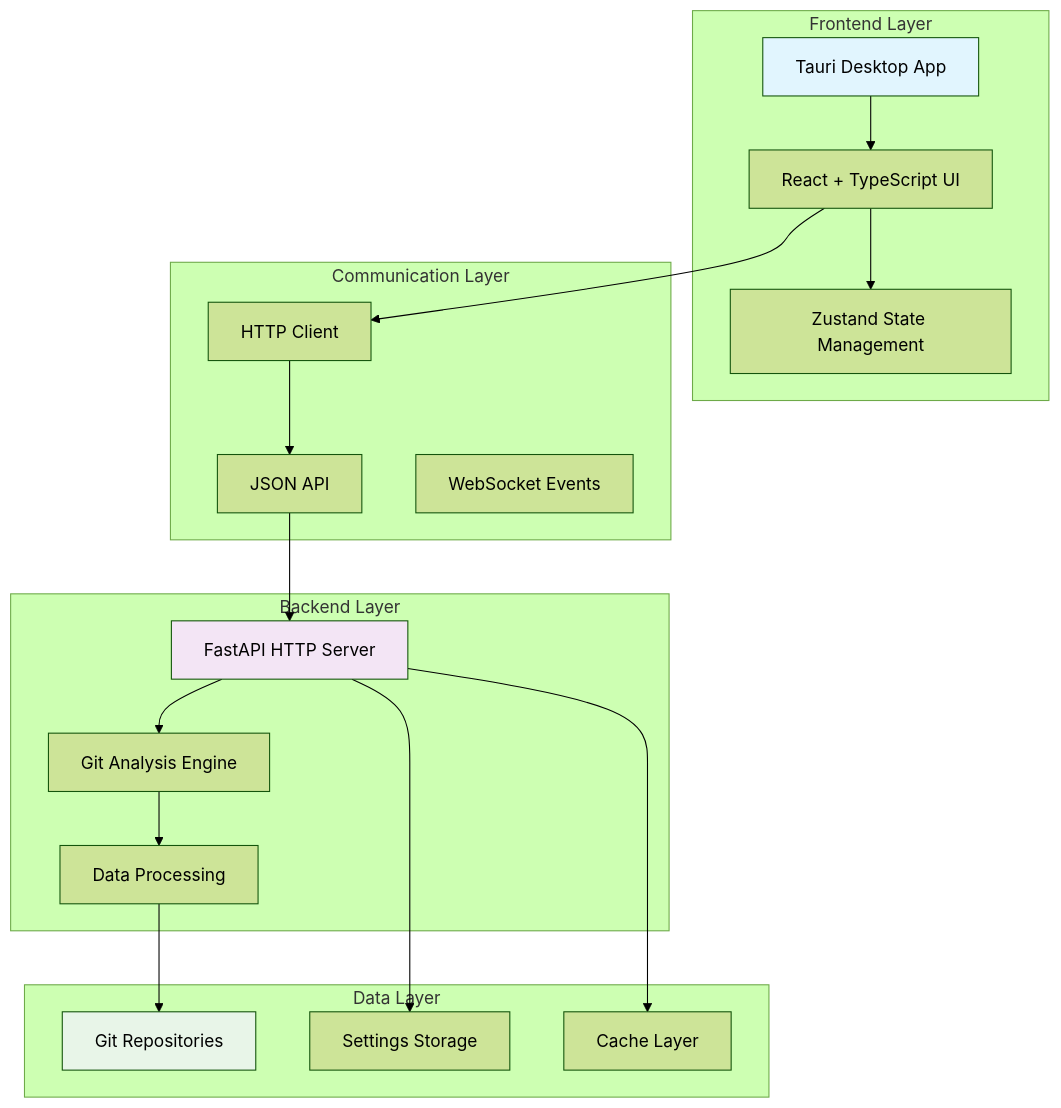
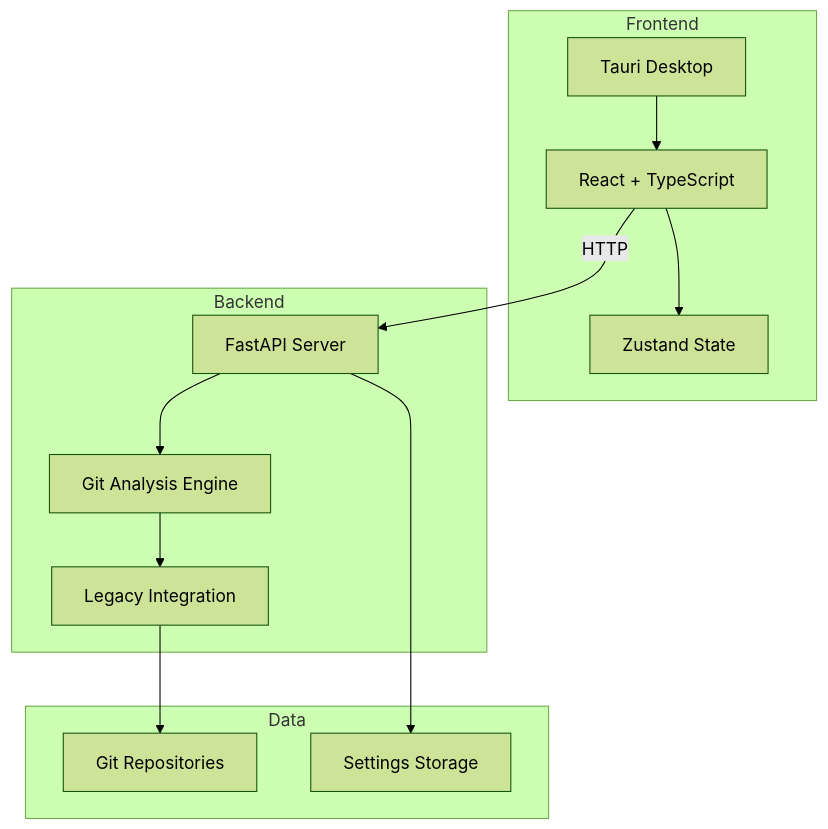
The first of 4 diagrams in docs/architecture/overview.md (boost-edu-tools/gitinspectorgui), drawn with Mermaid (forest theme) before and after one commit. The commit also changed other lines of this file and 11 other files, not shown here.

````diff
--- a/docs/architecture/overview.md
+++ b/docs/architecture/overview.md
@@ -9,41 +7,27 @@
 ```mermaid
 graph TB
-    subgraph "Frontend Layer"
-        A[Tauri Desktop App]
-        B[React + TypeScript UI]
-        C[Zustand State Management]
+    subgraph "Frontend"
+        A[Tauri Desktop]
+        B[React + TypeScript]
+        C[Zustand State]
     end
 
-    subgraph "Communication Layer"
-        D[HTTP Client]
-        E[JSON API]
-        F[WebSocket Events]
+    subgraph "Backend"
+        D[FastAPI Server]
+        E[Git Analysis Engine]
+        F[Legacy Integration]
     end
 
-    subgraph "Backend Layer"
-        G[FastAPI HTTP Server]
-        H[Git Analysis Engine]
-        I[Data Processing]
-    end
-
-    subgraph "Data Layer"
-        J[Git Repositories]
-        K[Settings Storage]
-        L[Cache Layer]
+    subgraph "Data"
+        G[Git Repositories]
+        H[Settings Storage]
     end
 
     A --> B
     B --> C
-    B --> D
+    B -->|HTTP| D
     D --> E
-    E --> G
-    G --> H
-    H --> I
-    I --> J
-    G --> K
-    G --> L
-
-    style A fill:#e1f5fe
-    style G fill:#f3e5f5
-    style J fill:#e8f5e8
+    E --> F
+    F --> G
+    D --> H
 ```
````
